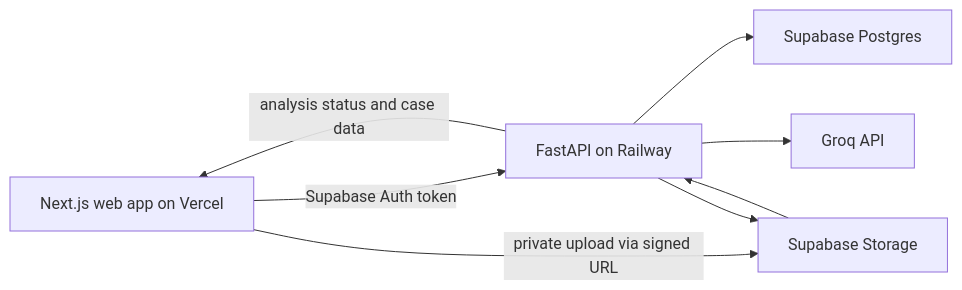
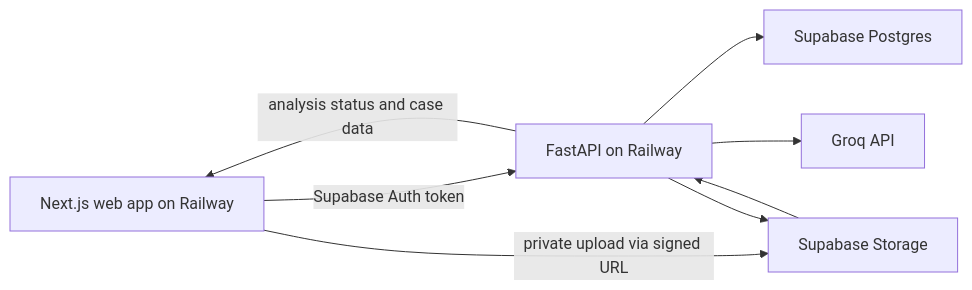
Before and after one commit to aayushkumarrai/CasePilot-AI: the diagram in docs/architecture.md, drawn with Mermaid. The commit also changed other lines of this file and 10 other files, not shown here.

````diff
--- a/docs/architecture.md
+++ b/docs/architecture.md
@@ -5,10 +5,10 @@
 ```mermaid
 flowchart LR
-  W[Next.js web app on Vercel] -->|Supabase Auth token| A[FastAPI on Railway]
+  W[Next.js web app on Railway] -->|Supabase Auth token| A[FastAPI on Railway]
   W -->|private upload via signed URL| S[Supabase Storage]
   A --> P[Supabase Postgres]
   A --> S
   A --> N[Groq API]
   S --> A
   A -->|analysis status and case data| W
 ```
````
